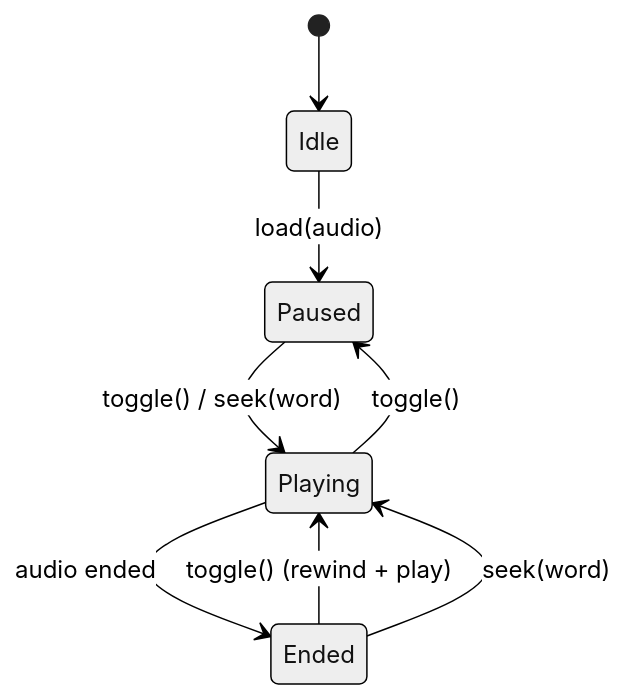
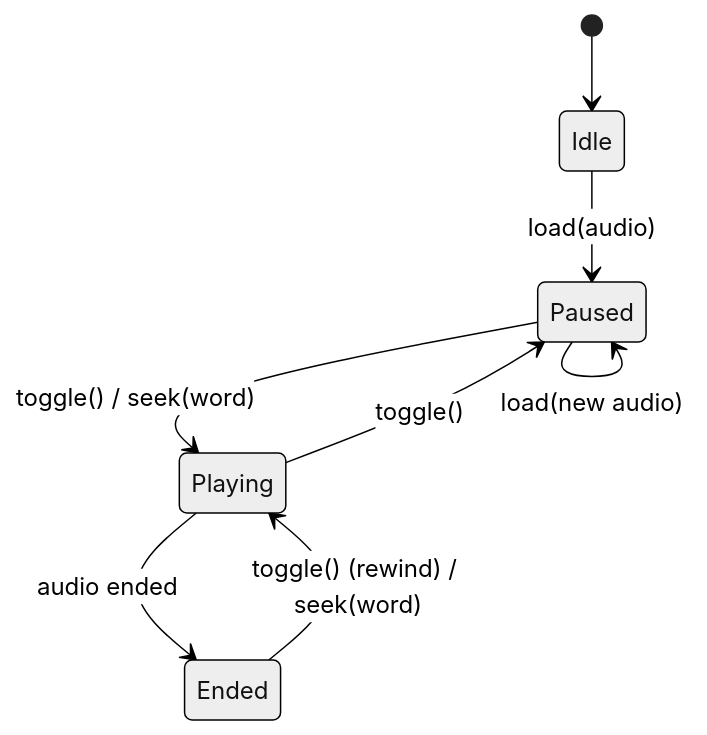
One commit to shu-vro/cse3206 changed the third of 6 diagrams in DESIGN_PATTERN.md. Above: the diagram before and after it, drawn with Mermaid (neutral theme). The commit also changed other lines of this file and 3 other files, not shown here.

````diff
--- a/DESIGN_PATTERN.md
+++ b/DESIGN_PATTERN.md
@@ -189,10 +234,10 @@
 ```mermaid
 stateDiagram-v2
     [*] --> Idle
     Idle --> Paused : load(audio)
     Paused --> Playing : toggle() / seek(word)
     Playing --> Paused : toggle()
     Playing --> Ended : audio ended
-    Ended --> Playing : toggle() (rewind + play)
-    Ended --> Playing : seek(word)
+    Ended --> Playing : toggle() (rewind) / seek(word)
+    Paused --> Paused : load(new audio)
 ```
````
